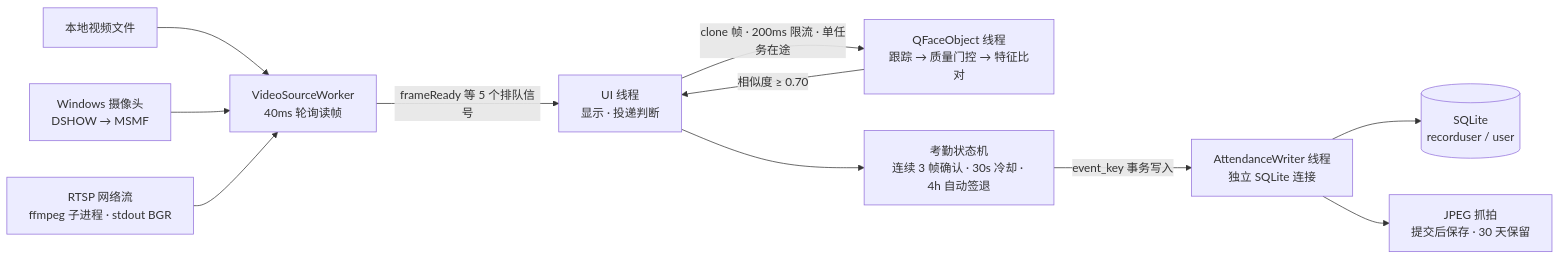
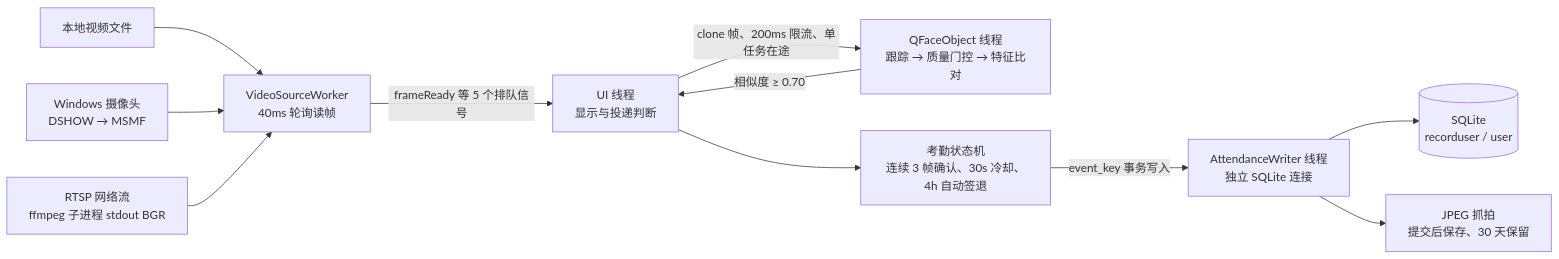
The diagram in README.md (cccoddad/edge-video-face-attendance-console), drawn with Mermaid before and after one commit. The commit also changed other lines of this file and 3 other files, not shown here.

First line of the commit message:
docs: 下架面试答辩手册，mermaid 图保守化改写

````diff
--- a/README.md
+++ b/README.md
@@ -30,13 +30,13 @@
 ```mermaid
 flowchart LR
-    F["本地视频文件"] --> W
+    F["本地视频文件"] --> W["VideoSourceWorker<br/>40ms 轮询读帧"]
     C["Windows 摄像头<br/>DSHOW → MSMF"] --> W
-    R["RTSP 网络流<br/>ffmpeg 子进程 · stdout BGR"] --> W
-    W["VideoSourceWorker<br/>40ms 轮询读帧"] -->|frameReady 等 5 个排队信号| UI["UI 线程<br/>显示 · 投递判断"]
-    UI -->|"clone 帧 · 200ms 限流 · 单任务在途"| ID["QFaceObject 线程<br/>跟踪 → 质量门控 → 特征比对"]
-    ID -->|"相似度 ≥ 0.70"| UI
-    UI --> SM["考勤状态机<br/>连续 3 帧确认 · 30s 冷却 · 4h 自动签退"]
+    R["RTSP 网络流<br/>ffmpeg 子进程 stdout BGR"] --> W
+    W -->|frameReady 等 5 个排队信号| UI["UI 线程<br/>显示与投递判断"]
+    UI -->|clone 帧、200ms 限流、单任务在途| ID["QFaceObject 线程<br/>跟踪 → 质量门控 → 特征比对"]
+    ID -->|相似度 ≥ 0.70| UI
+    UI --> SM["考勤状态机<br/>连续 3 帧确认、30s 冷却、4h 自动签退"]
     SM -->|event_key 事务写入| WR["AttendanceWriter 线程<br/>独立 SQLite 连接"]
-    WR --> DB[("SQLite<br/>recorduser / user")]
-    WR --> JPG["JPEG 抓拍<br/>提交后保存 · 30 天保留"]
+    WR --> DB[(SQLite<br/>recorduser / user)]
+    WR --> JPG["JPEG 抓拍<br/>提交后保存、30 天保留"]
 ```
````
